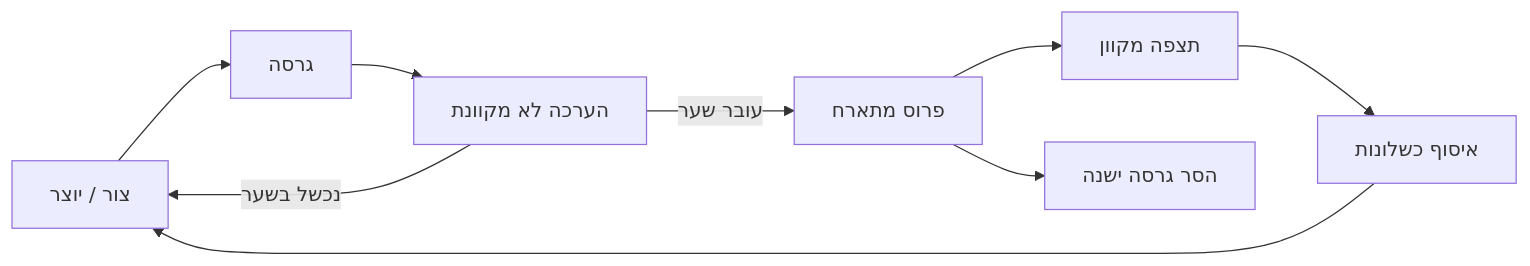
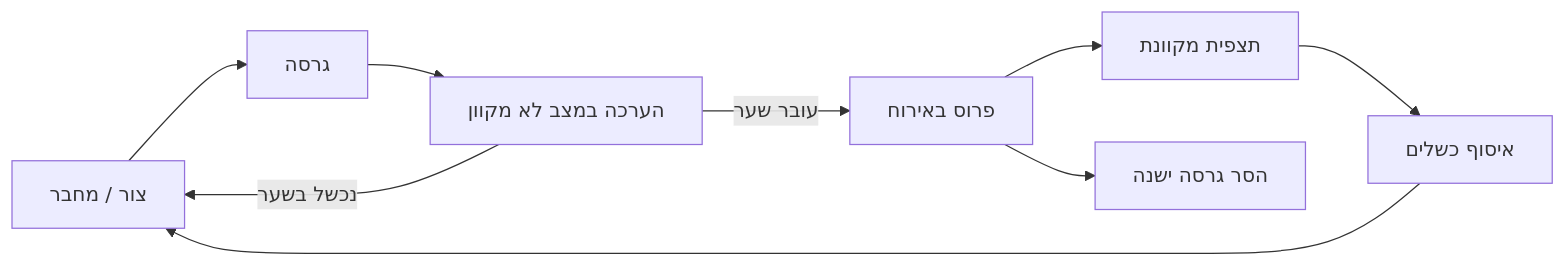
One commit to microsoft/ai-agents-for-beginners changed the second of 4 diagrams in translations/he/16-deploying-scalable-agents/README.md. Above: the diagram before and after it, drawn with Mermaid. The commit also changed other lines of this file and 47 other files, not shown here.

````diff
--- a/translations/he/16-deploying-scalable-agents/README.md
+++ b/translations/he/16-deploying-scalable-agents/README.md
@@ -108,11 +108,11 @@
 ```mermaid
 flowchart LR
-    Create[צור / יוצר] --> Version[גרסה]
-    Version --> Evaluate[הערכה לא מקוונת]
-    Evaluate -->|עובר שער| Deploy[פרוס מתארח]
+    Create[צור / מחבר] --> Version[גרסה]
+    Version --> Evaluate[הערכה במצב לא מקוון]
+    Evaluate -->|עובר שער| Deploy[פרוס באירוח]
     Evaluate -->|נכשל בשער| Create
-    Deploy --> Observe[תצפה מקוון]
-    Observe --> Improve[איסוף כשלונות]
+    Deploy --> Observe[תצפית מקוונת]
+    Observe --> Improve[איסוף כשלים]
     Improve --> Create
     Deploy --> Retire[הסר גרסה ישנה]
 ```
````
